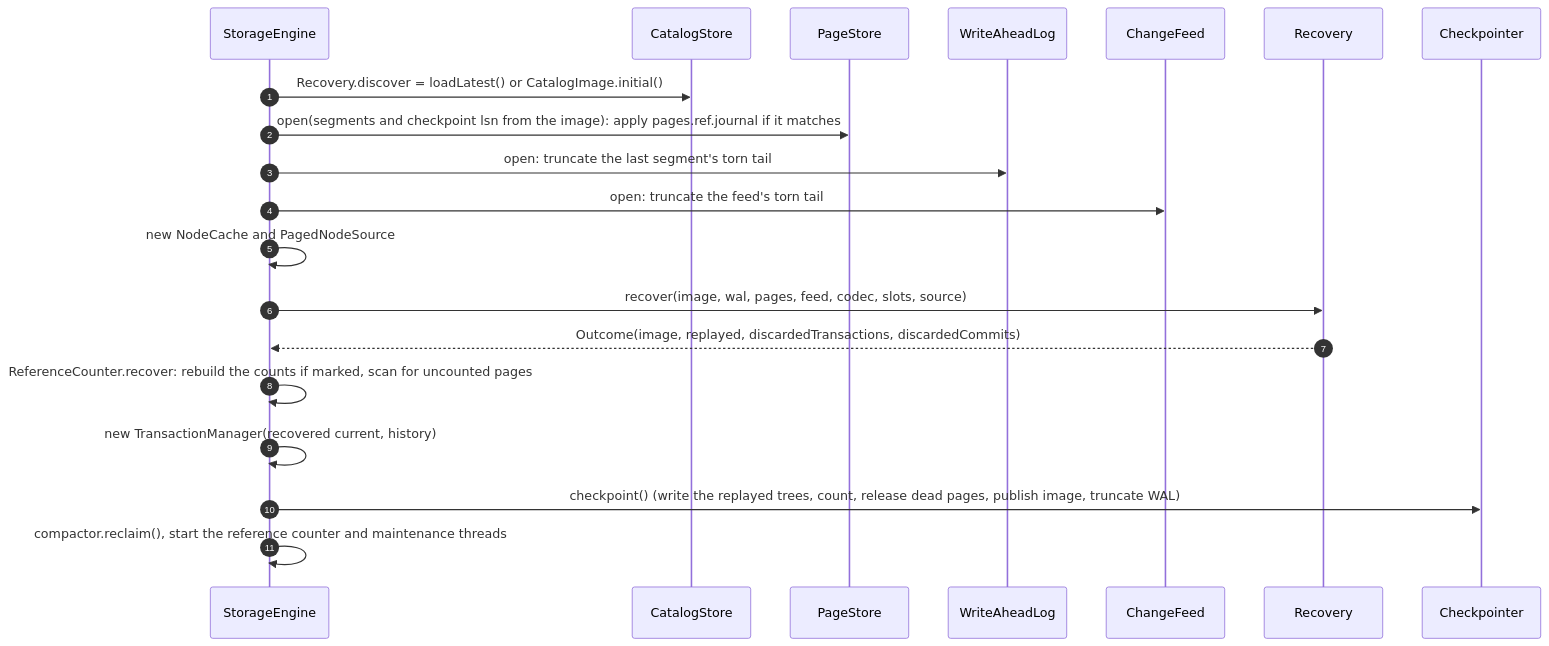
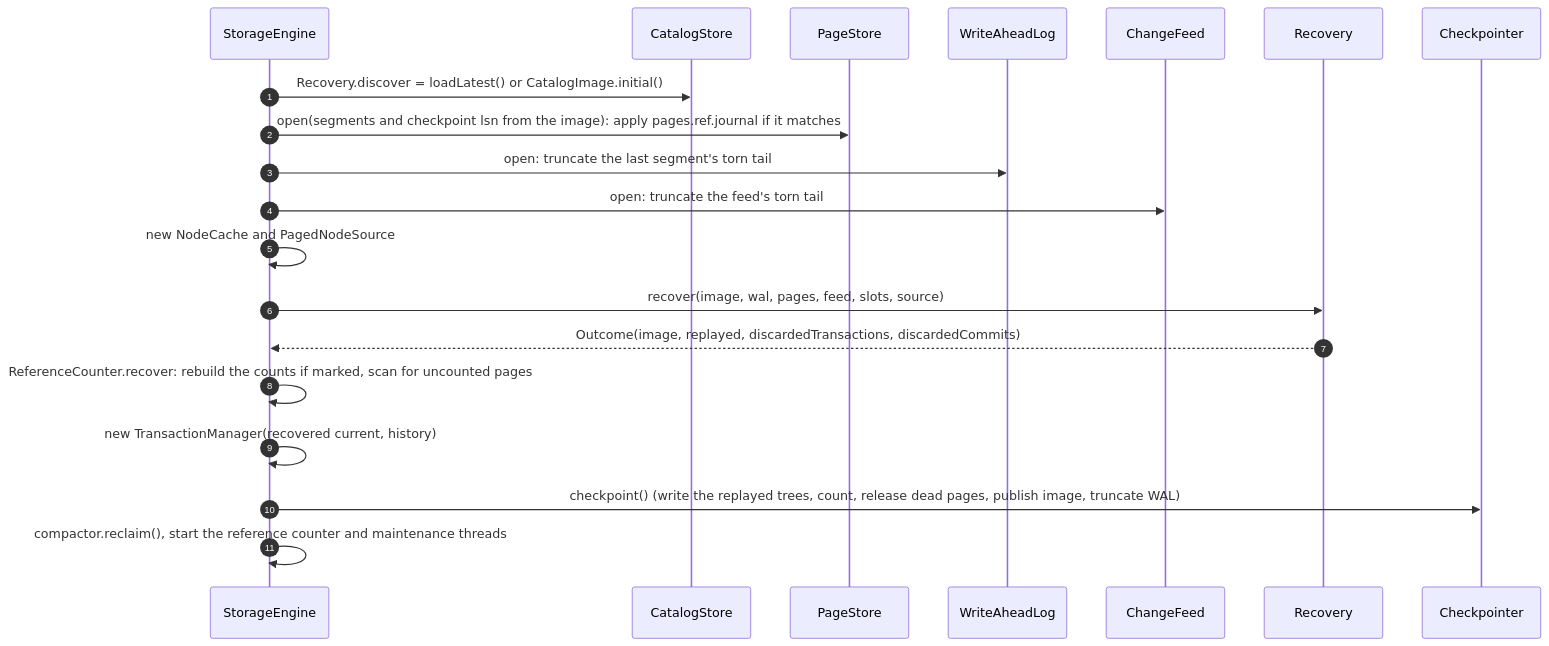
Before and after one commit to Ujjwaljain16/hypergraph: the second of 2 diagrams in docs/transactions/wal-and-recovery.md, drawn with Mermaid. The commit also changed other lines of this file and 6 other files, not shown here.

````diff
--- a/docs/transactions/wal-and-recovery.md
+++ b/docs/transactions/wal-and-recovery.md
@@ -256,22 +256,22 @@
 ```mermaid
 sequenceDiagram
     autonumber
     participant SE as StorageEngine
     participant CS as CatalogStore
     participant PS as PageStore
     participant WAL as WriteAheadLog
     participant CF as ChangeFeed
     participant R as Recovery
     participant CK as Checkpointer
     SE->>CS: Recovery.discover = loadLatest() or CatalogImage.initial()
     SE->>PS: open(segments and checkpoint lsn from the image): apply pages.ref.journal if it matches
     SE->>WAL: open: truncate the last segment's torn tail
     SE->>CF: open: truncate the feed's torn tail
     SE->>SE: new NodeCache and PagedNodeSource
-    SE->>R: recover(image, wal, pages, feed, codec, slots, source)
+    SE->>R: recover(image, wal, pages, feed, slots, source)
     R-->>SE: Outcome(image, replayed, discardedTransactions, discardedCommits)
     SE->>SE: ReferenceCounter.recover: rebuild the counts if marked, scan for uncounted pages
     SE->>SE: new TransactionManager(recovered current, history)
     SE->>CK: checkpoint() (write the replayed trees, count, release dead pages, publish image, truncate WAL)
     SE->>SE: compactor.reclaim(), start the reference counter and maintenance threads
 ```
````
